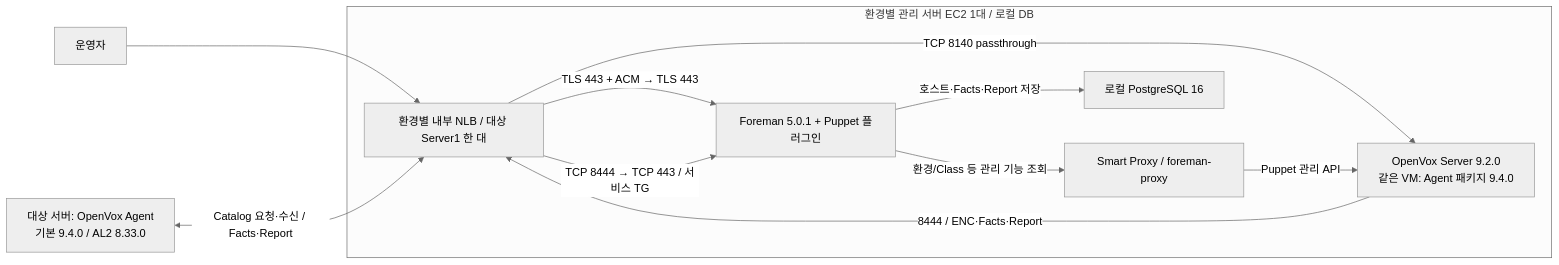
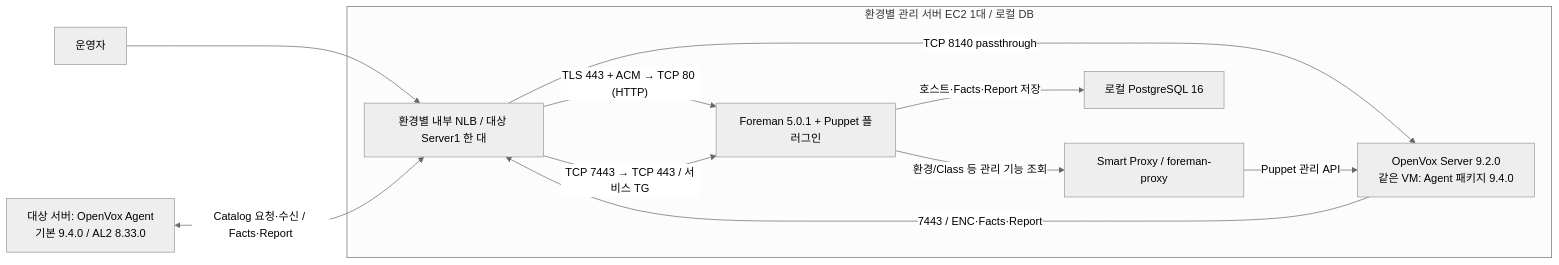
One commit to heyoon2j/y2-devops-lab changed the first of 5 diagrams in foreman-puppet/docs/ARCHITECTURE_GUIDE.md. Above: the diagram before and after it, drawn with Mermaid (neutral theme). The commit also changed other lines of this file and 17 other files, not shown here.

Commit message:
docs: define NLB TLS offload and TCP passthrough target groups

````diff
--- a/foreman-puppet/docs/ARCHITECTURE_GUIDE.md
+++ b/foreman-puppet/docs/ARCHITECTURE_GUIDE.md
@@ -29,20 +29,20 @@
 ```mermaid
 flowchart LR
     U["운영자"] --> L["환경별 내부 NLB / 대상 Server1 한 대"]
-    L -->|"TLS 443 + ACM → TLS 443"| F
+    L -->|"TLS 443 + ACM → TCP 80 (HTTP)"| F
     L -->|"TCP 8140 passthrough"| P
     subgraph M["환경별 관리 서버 EC2 1대 / 로컬 DB"]
         F["Foreman 5.0.1 + Puppet 플러그인"]
         S["Smart Proxy / foreman-proxy"]
         P["OpenVox Server 9.2.0
 같은 VM: Agent 패키지 9.4.0"]
         D["로컬 PostgreSQL 16"]
         F -->|"호스트·Facts·Report 저장"| D
         F -->|"환경/Class 등 관리 기능 조회"| S
         S -->|"Puppet 관리 API"| P
-        P -->|"8444 / ENC·Facts·Report"| L
-        L -->|"TCP 8444 → TCP 443 / 서비스 TG"| F
+        P -->|"7443 / ENC·Facts·Report"| L
+        L -->|"TCP 7443 → TCP 443 / 서비스 TG"| F
     end
     A["대상 서버: OpenVox Agent
 기본 9.4.0 / AL2 8.33.0"] <-->|"Catalog 요청·수신 / Facts·Report"| L
 ```
````
